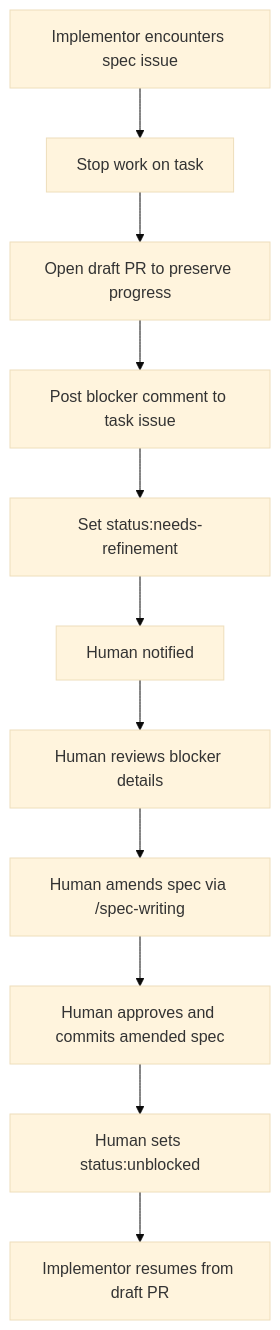
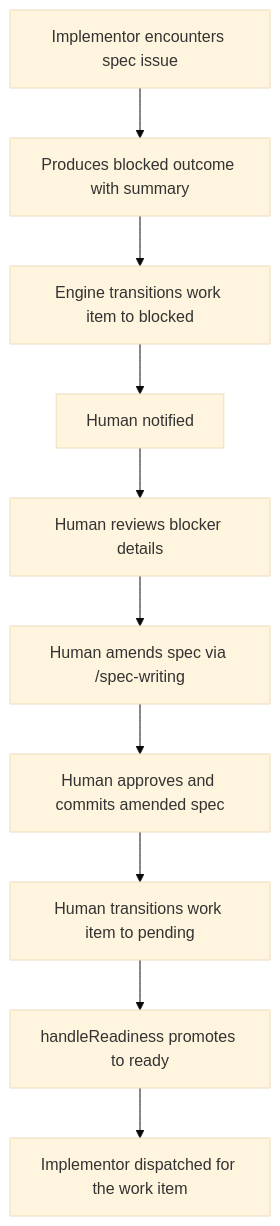
Before and after one commit to zgeoff/decree: the second of 3 diagrams in docs/specs/decree/workflow.md, drawn with Mermaid (base theme). The commit also changed other lines of this file and 9 other files, not shown here.

````diff
--- a/docs/specs/decree/workflow.md
+++ b/docs/specs/decree/workflow.md
@@ -164,13 +176,12 @@
 ```mermaid
 flowchart TD
-    Hit[Implementor encounters spec issue] --> Stop[Stop work on task]
-    Stop --> Draft[Open draft PR to preserve progress]
-    Draft --> Comment[Post blocker comment to task issue]
-    Comment --> Label[Set status:needs-refinement]
-    Label --> Notify[Human notified]
+    Hit[Implementor encounters spec issue] --> Stop[Produces blocked outcome with summary]
+    Stop --> Engine[Engine transitions work item to blocked]
+    Engine --> Notify[Human notified]
     Notify --> HumanReview[Human reviews blocker details]
     HumanReview --> Amend[Human amends spec via /spec-writing]
     Amend --> Commit[Human approves and commits amended spec]
-    Commit --> Unblock[Human sets status:unblocked]
-    Unblock --> Resume[Implementor resumes from draft PR]
+    Commit --> Unblock[Human transitions work item to pending]
+    Unblock --> Ready[handleReadiness promotes to ready]
+    Ready --> Resume[Implementor dispatched for the work item]
 ```
````
